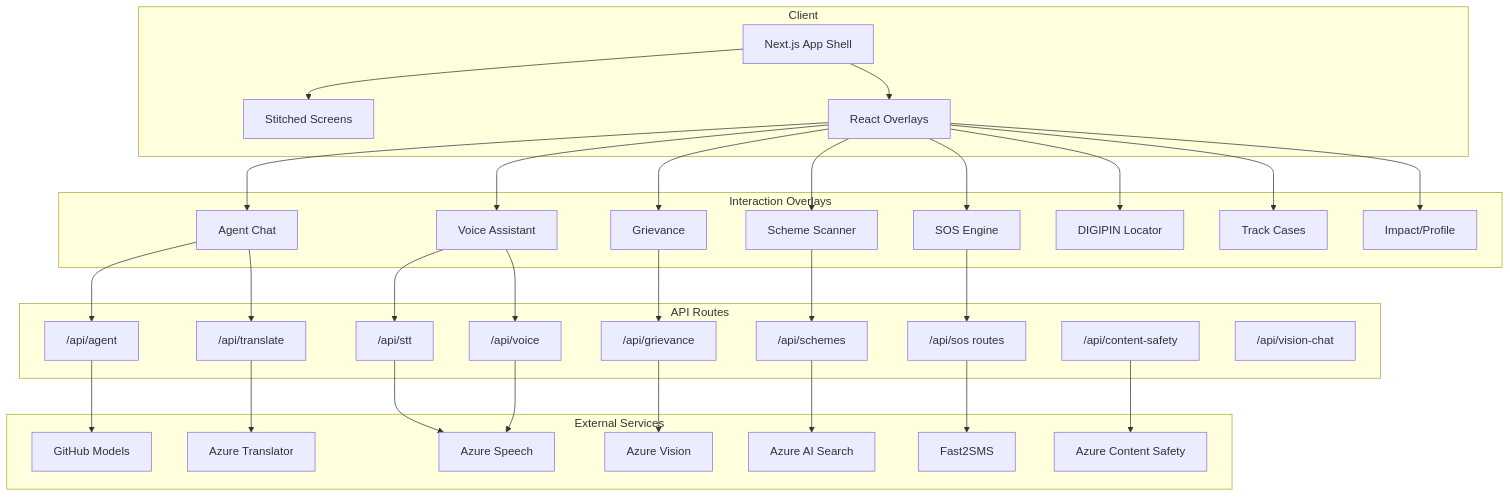
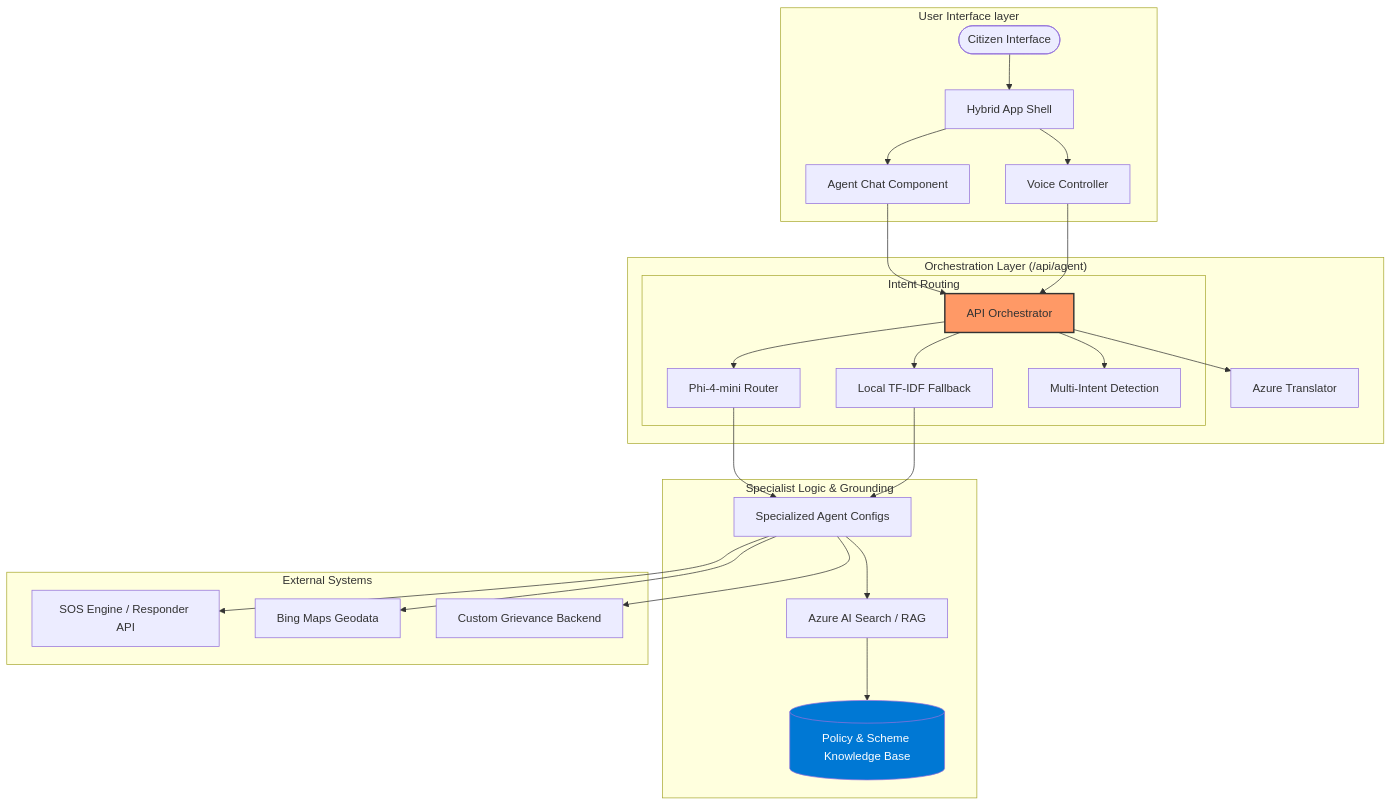
Before and after one commit to ranjan-arnav/bharat_setu: the second of 2 diagrams in README.md, drawn with Mermaid. The commit also changed other lines of this file, not shown here.

Commit message:
docs: overhaul README with architecture diagrams and agent council mindmap

````diff
--- a/README.md
+++ b/README.md
@@ -71,69 +81,34 @@
 ```mermaid
-graph TB
-    subgraph "Client"
-      UI[Next.js App Shell]
-      IFRAME[Stitched Screens]
-      OVR[React Overlays]
+graph TD
+    subgraph "User Interface layer"
+        User([Citizen Interface]) --> UI[Hybrid App Shell]
+        UI --> Voice[Voice Controller]
+        UI --> Chat[Agent Chat Component]
     end
 
-    subgraph "Interaction Overlays"
-      CHAT[Agent Chat]
-      VOICE[Voice Assistant]
-      GRV[Grievance]
-      SCH[Scheme Scanner]
-      SOS[SOS Engine]
-      DIGI[DIGIPIN Locator]
-      TRACK[Track Cases]
-      IMP[Impact/Profile]
+    subgraph "Orchestration Layer (/api/agent)"
+        Chat & Voice --> Orch[API Orchestrator]
+        Orch --> Trans[Azure Translator]
+        
+        subgraph "Intent Routing"
+            Orch --> Phi[Phi-4-mini Router]
+            Orch --> TFIDF[Local TF-IDF Fallback]
+            Orch --> Signal[Multi-Intent Detection]
+        end
     end
 
-    subgraph "API Routes"
-      AGENT["/api/agent"]
-      STT["/api/stt"]
-      VOI["/api/voice"]
-      TR["/api/translate"]
-      GR["/api/grievance"]
-      SCM["/api/schemes"]
-      SOSAPI["/api/sos routes"]
-      CS["/api/content-safety"]
-      VIS["/api/vision-chat"]
+    subgraph "Specialist Logic & Grounding"
+        Phi & TFIDF --> Specialists[Specialized Agent Configs]
+        Specialists --> RAG[Azure AI Search / RAG]
+        RAG --> DB[(Policy & Scheme Knowledge Base)]
     end
 
-    subgraph "External Services"
-      AZSP[Azure Speech]
-      AZTR[Azure Translator]
-      AZVS[Azure Vision]
-      AZCS[Azure Content Safety]
-      AZSR[Azure AI Search]
-      GHM[GitHub Models]
-      SMS[Fast2SMS]
+    subgraph "External Systems"
+        Specialists --> SOS[SOS Engine / Responder API]
+        Specialists --> Maps[Bing Maps Geodata]
+        Specialists --> Backend[Custom Grievance Backend]
     end
 
-    UI --> IFRAME
-    UI --> OVR
-    OVR --> CHAT
-    OVR --> VOICE
-    OVR --> GRV
-    OVR --> SCH
-    OVR --> SOS
-    OVR --> DIGI
-    OVR --> TRACK
-    OVR --> IMP
-
-    CHAT --> AGENT
-    VOICE --> STT
-    VOICE --> VOI
-    CHAT --> TR
-    GRV --> GR
-    SCH --> SCM
-    SOS --> SOSAPI
-
-    AGENT --> GHM
-    STT --> AZSP
-    VOI --> AZSP
-    TR --> AZTR
-    GR --> AZVS
-    CS --> AZCS
-    SCM --> AZSR
-    SOSAPI --> SMS
+    style Orch fill:#f96,stroke:#333,stroke-width:2px
+    style DB fill:#0078D4,color:#fff
 ```
````
